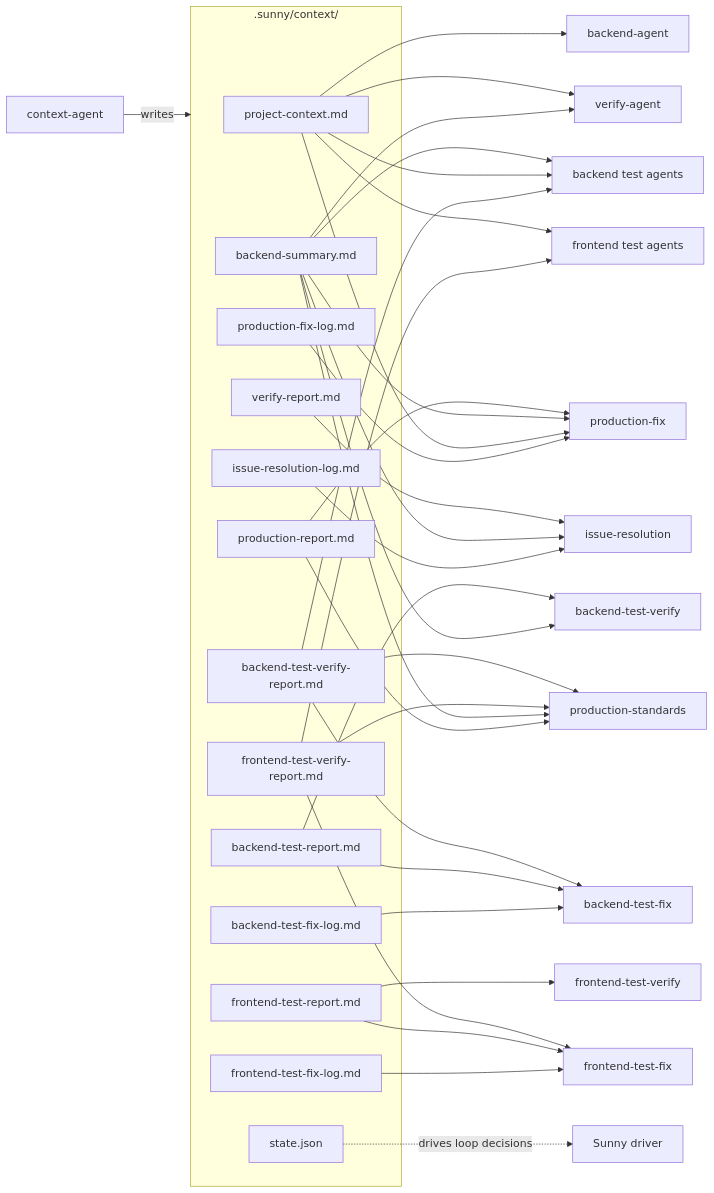
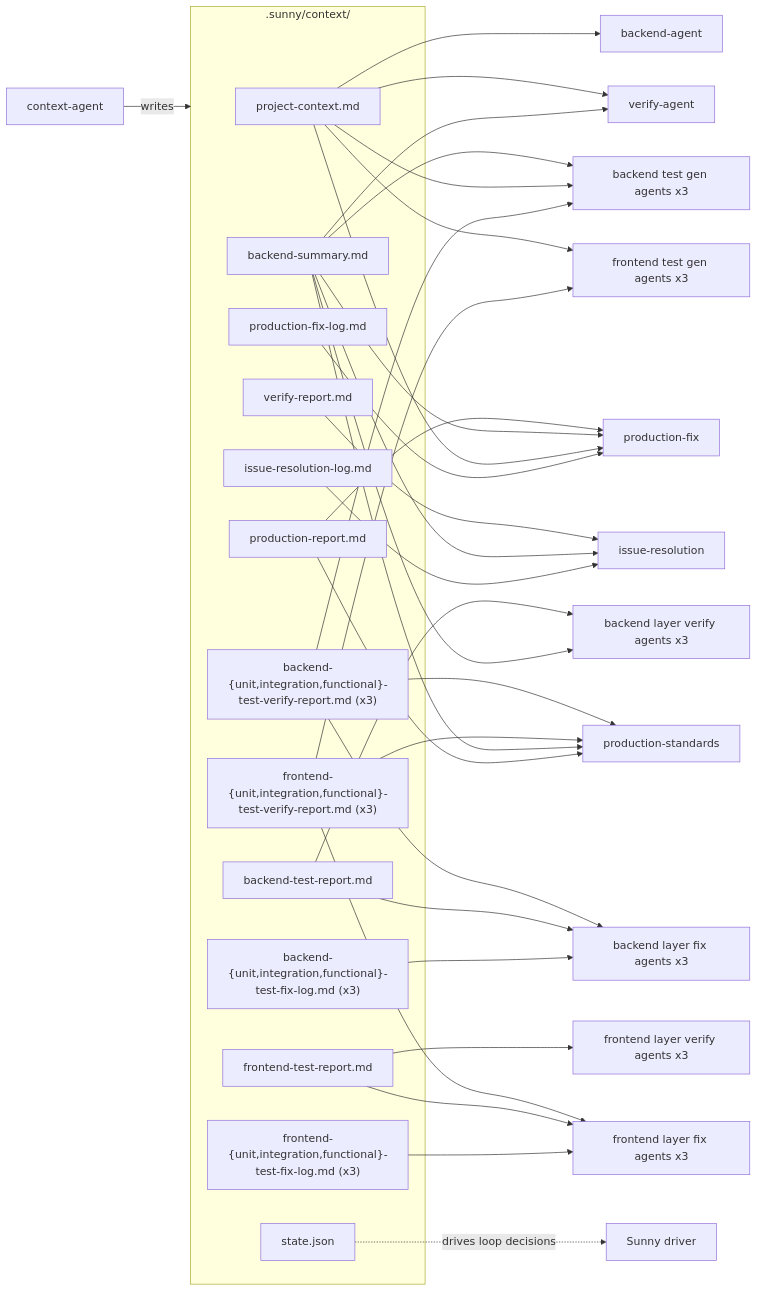
One commit to priyam-qo-box/agents changed the tenth of 11 diagrams in .cursor/agents/ARCHITECTURE.md. Above: the diagram before and after it, drawn with Mermaid. The commit also changed other lines of this file and 28 other files, not shown here.

First line of the commit message:
Refactor backend test agents and enhance documentation

````diff
--- a/.cursor/agents/ARCHITECTURE.md
+++ b/.cursor/agents/ARCHITECTURE.md
@@ -348,50 +422,50 @@
 ```mermaid
 flowchart LR
     subgraph store [".sunny/context/"]
         PC[project-context.md]
         BS[backend-summary.md]
         VR[verify-report.md]
         IRL[issue-resolution-log.md]
         BTR[backend-test-report.md]
-        BTVR[backend-test-verify-report.md]
-        BTFL[backend-test-fix-log.md]
+        BTV6["backend-{unit,integration,functional}-<br/>test-verify-report.md (x3)"]
+        BTF6["backend-{unit,integration,functional}-<br/>test-fix-log.md (x3)"]
         FTR[frontend-test-report.md]
-        FTVR[frontend-test-verify-report.md]
-        FTFL[frontend-test-fix-log.md]
+        FTV6["frontend-{unit,integration,functional}-<br/>test-verify-report.md (x3)"]
+        FTF6["frontend-{unit,integration,functional}-<br/>test-fix-log.md (x3)"]
         PR[production-report.md]
         PFL[production-fix-log.md]
         ST[state.json]
     end
 
     Ctx[context-agent] -->|writes| store
 
     PC --> BE[backend-agent]
     PC --> VER[verify-agent]
     BS --> VER
     VR --> FIX[issue-resolution]
     BS --> FIX
     IRL --> FIX
-    BS --> BTEST[backend test agents]
+    BS --> BTEST[backend test gen agents x3]
     PC --> BTEST
-    BTVR --> BTEST
-    BTR --> BTV[backend-test-verify]
-    BS --> BTV
-    BTVR --> BTFIX[backend-test-fix]
+    BTV6 --> BTEST
+    BTR --> BTVA["backend layer verify agents x3"]
+    BS --> BTVA
+    BTV6 --> BTFIX["backend layer fix agents x3"]
     BTR --> BTFIX
-    BTFL --> BTFIX
-    PC --> FTEST[frontend test agents]
-    FTVR --> FTEST
-    FTR --> FTV[frontend-test-verify]
-    FTVR --> FTFIX[frontend-test-fix]
+    BTF6 --> BTFIX
+    PC --> FTEST[frontend test gen agents x3]
+    FTV6 --> FTEST
+    FTR --> FTVA["frontend layer verify agents x3"]
+    FTV6 --> FTFIX["frontend layer fix agents x3"]
     FTR --> FTFIX
-    FTFL --> FTFIX
-    BTVR --> PROD[production-standards]
-    FTVR --> PROD
+    FTF6 --> FTFIX
+    BTV6 --> PROD[production-standards]
+    FTV6 --> PROD
     BS --> PROD
     PR --> PROD
     PR --> PFIX[production-fix]
     BS --> PFIX
     PC --> PFIX
     PFL --> PFIX
     ST -.drives loop decisions.-> Driver[Sunny driver]
 ```
````
